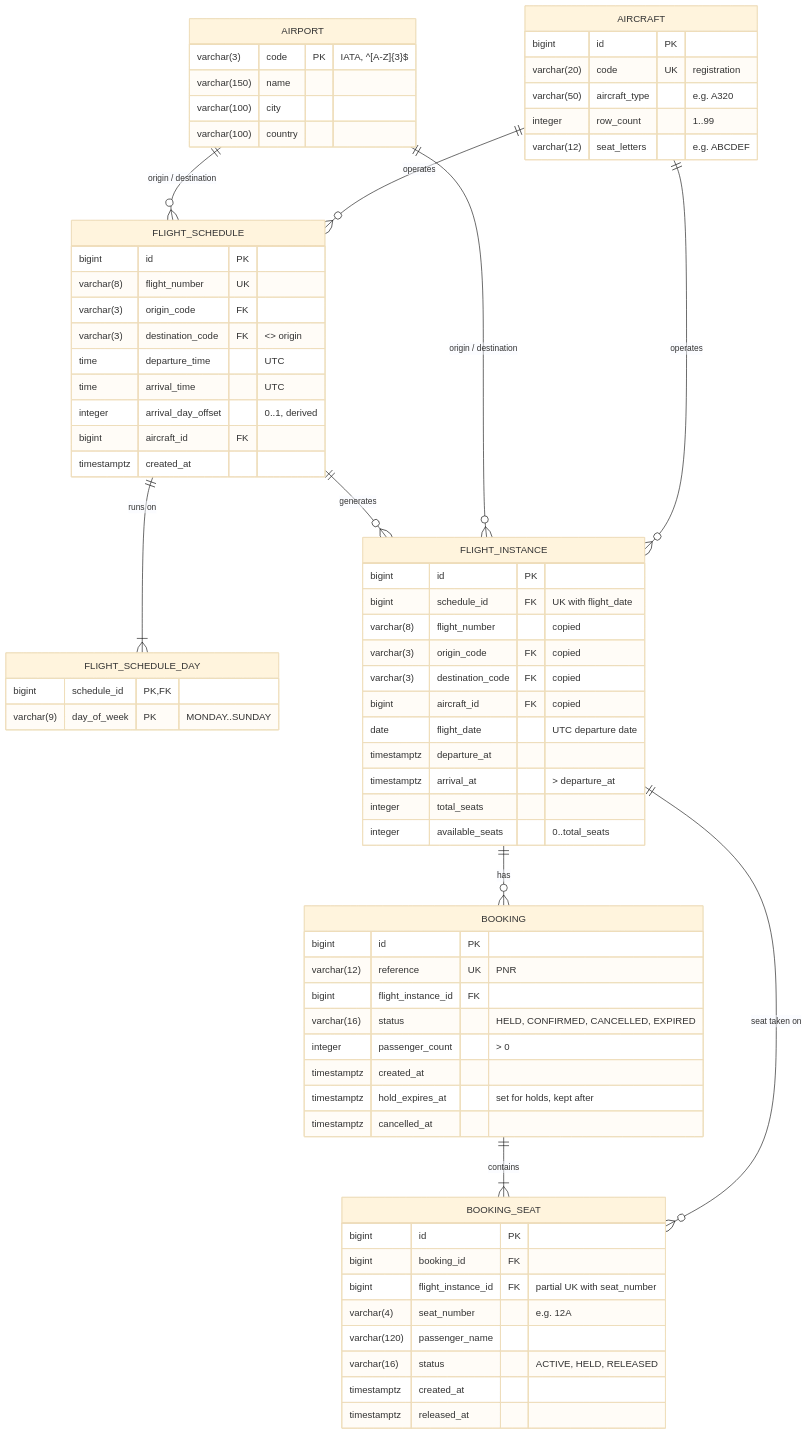
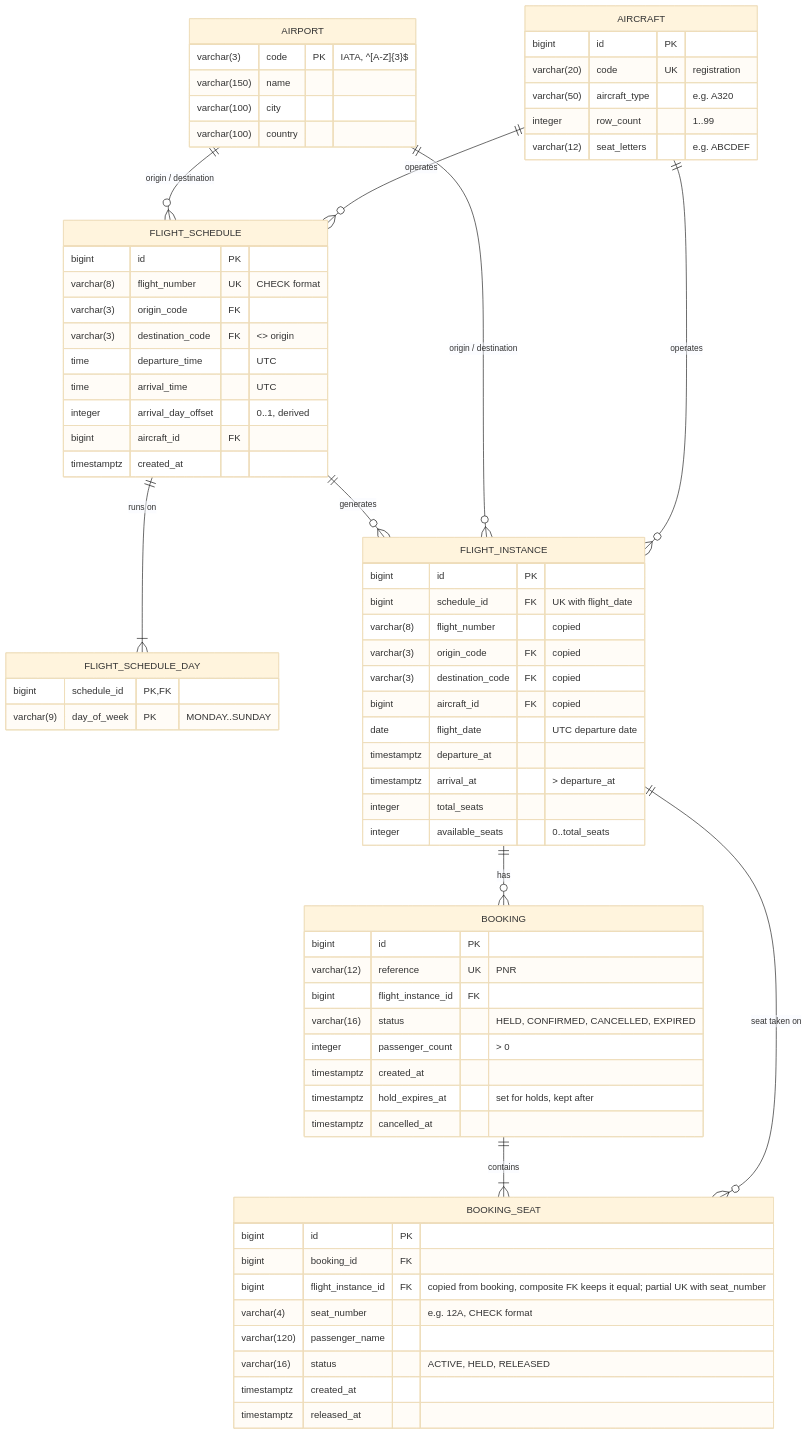
Before and after one commit to ambikadasc/airline-ticketing-system: the diagram in hld/diagrams/er.mmd, drawn with Mermaid (base theme). The commit also changed 35 other files, not shown here.

Commit message:
hardening: portable tooling, safer defaults and schema integrity

```diff
--- a/hld/diagrams/er.mmd
+++ b/hld/diagrams/er.mmd
@@ -1,72 +1,72 @@
 erDiagram
     AIRPORT ||--o{ FLIGHT_SCHEDULE : "origin / destination"
     AIRCRAFT ||--o{ FLIGHT_SCHEDULE : "operates"
     FLIGHT_SCHEDULE ||--|{ FLIGHT_SCHEDULE_DAY : "runs on"
     FLIGHT_SCHEDULE ||--o{ FLIGHT_INSTANCE : "generates"
     AIRPORT ||--o{ FLIGHT_INSTANCE : "origin / destination"
     AIRCRAFT ||--o{ FLIGHT_INSTANCE : "operates"
     FLIGHT_INSTANCE ||--o{ BOOKING : "has"
     BOOKING ||--|{ BOOKING_SEAT : "contains"
     FLIGHT_INSTANCE ||--o{ BOOKING_SEAT : "seat taken on"
 
     AIRPORT {
         varchar(3) code PK "IATA, ^[A-Z]{3}$"
         varchar(150) name
         varchar(100) city
         varchar(100) country
     }
     AIRCRAFT {
         bigint id PK
         varchar(20) code UK "registration"
         varchar(50) aircraft_type "e.g. A320"
         integer row_count "1..99"
         varchar(12) seat_letters "e.g. ABCDEF"
     }
     FLIGHT_SCHEDULE {
         bigint id PK
-        varchar(8) flight_number UK
+        varchar(8) flight_number UK "CHECK format"
         varchar(3) origin_code FK
         varchar(3) destination_code FK "<> origin"
         time departure_time "UTC"
         time arrival_time "UTC"
         integer arrival_day_offset "0..1, derived"
         bigint aircraft_id FK
         timestamptz created_at
     }
     FLIGHT_SCHEDULE_DAY {
         bigint schedule_id PK, FK
         varchar(9) day_of_week PK "MONDAY..SUNDAY"
     }
     FLIGHT_INSTANCE {
         bigint id PK
         bigint schedule_id FK "UK with flight_date"
         varchar(8) flight_number "copied"
         varchar(3) origin_code FK "copied"
         varchar(3) destination_code FK "copied"
         bigint aircraft_id FK "copied"
         date flight_date "UTC departure date"
         timestamptz departure_at
         timestamptz arrival_at "> departure_at"
         integer total_seats
         integer available_seats "0..total_seats"
     }
     BOOKING {
         bigint id PK
         varchar(12) reference UK "PNR"
         bigint flight_instance_id FK
         varchar(16) status "HELD, CONFIRMED, CANCELLED, EXPIRED"
         integer passenger_count "> 0"
         timestamptz created_at
         timestamptz hold_expires_at "set for holds, kept after"
         timestamptz cancelled_at
     }
     BOOKING_SEAT {
         bigint id PK
         bigint booking_id FK
-        bigint flight_instance_id FK "partial UK with seat_number"
-        varchar(4) seat_number "e.g. 12A"
+        bigint flight_instance_id FK "copied from booking, composite FK keeps it equal; partial UK with seat_number"
+        varchar(4) seat_number "e.g. 12A, CHECK format"
         varchar(120) passenger_name
         varchar(16) status "ACTIVE, HELD, RELEASED"
         timestamptz created_at
         timestamptz released_at
     }
```
